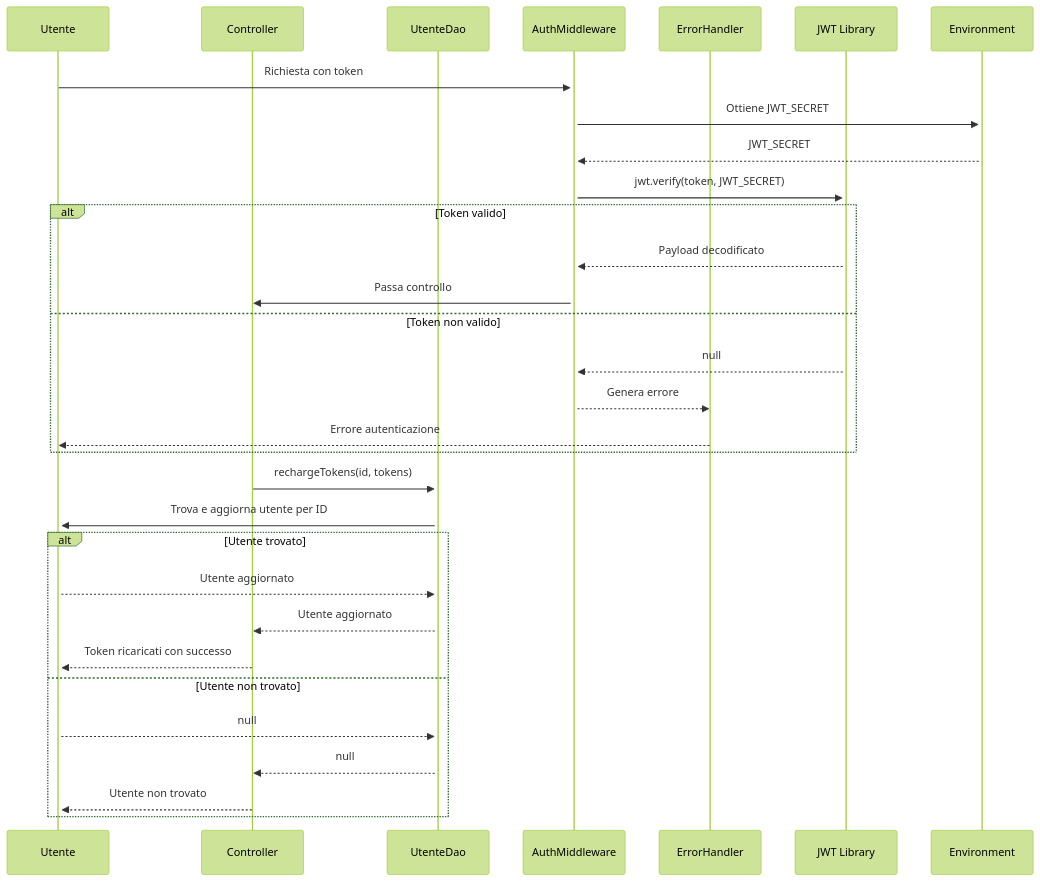
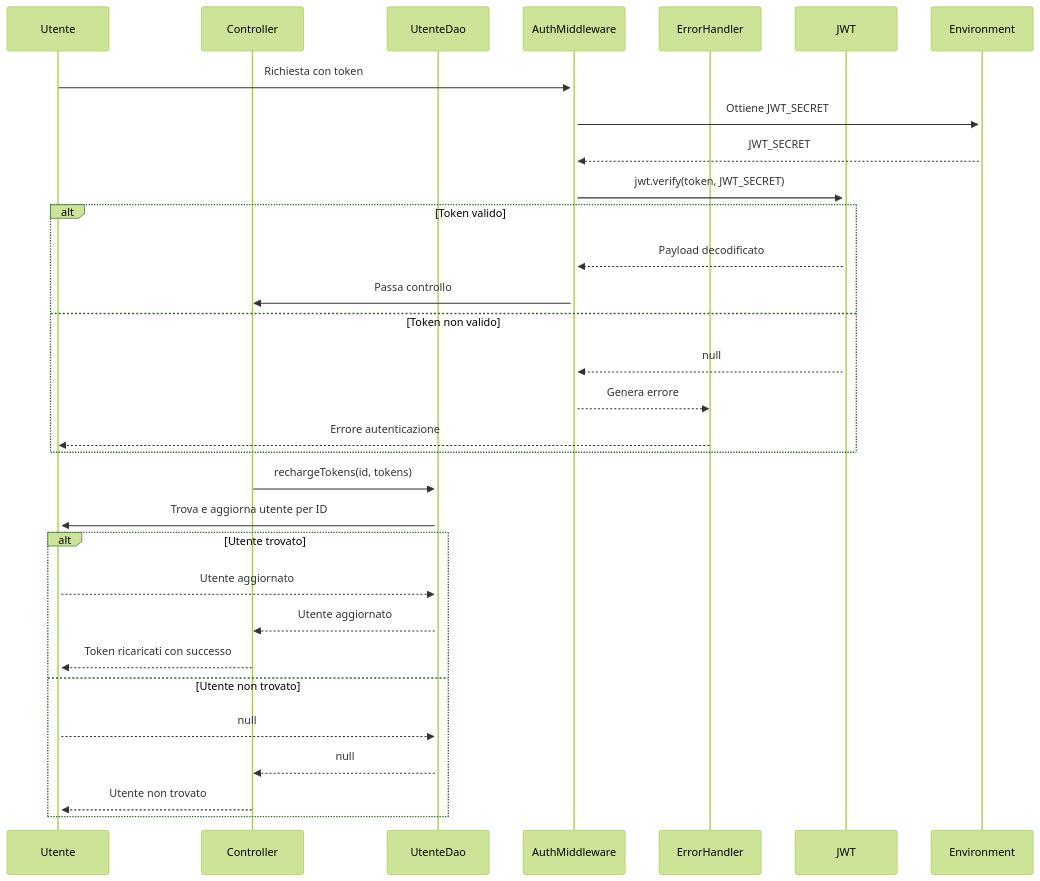
Before and after one commit to Arianna6400/Adv_Prog: the eighth of 8 diagrams in README.md, drawn with Mermaid (forest theme). The commit also changed other lines of this file and 1 other file, not shown here.

````diff
--- a/README.md
+++ b/README.md
@@ -227,34 +468,34 @@
 ```mermaid
 sequenceDiagram
     participant U as Utente
     participant C as Controller
     participant DAO_U as UtenteDao
     participant Auth as AuthMiddleware
     participant Err as ErrorHandler
-    participant JWT as JWT Library
+    participant JWT as JWT
     participant ENV as Environment
 
     U->>+Auth: Richiesta con token
     Auth->>+ENV: Ottiene JWT_SECRET
     ENV-->>Auth: JWT_SECRET
     Auth->>+JWT: jwt.verify(token, JWT_SECRET)
     alt Token valido
         JWT-->>Auth: Payload decodificato
         Auth->>C: Passa controllo
     else Token non valido
         JWT-->>Auth: null
         Auth-->>Err: Genera errore
         Err-->>U: Errore autenticazione
     end
     C->>+DAO_U: rechargeTokens(id, tokens)
     DAO_U->>+U: Trova e aggiorna utente per ID
     alt Utente trovato
         U-->>DAO_U: Utente aggiornato
         DAO_U-->>C: Utente aggiornato
         C-->>U: Token ricaricati con successo
     else Utente non trovato
         U-->>DAO_U: null
         DAO_U-->>C: null
         C-->>U: Utente non trovato
     end
 ```
````
